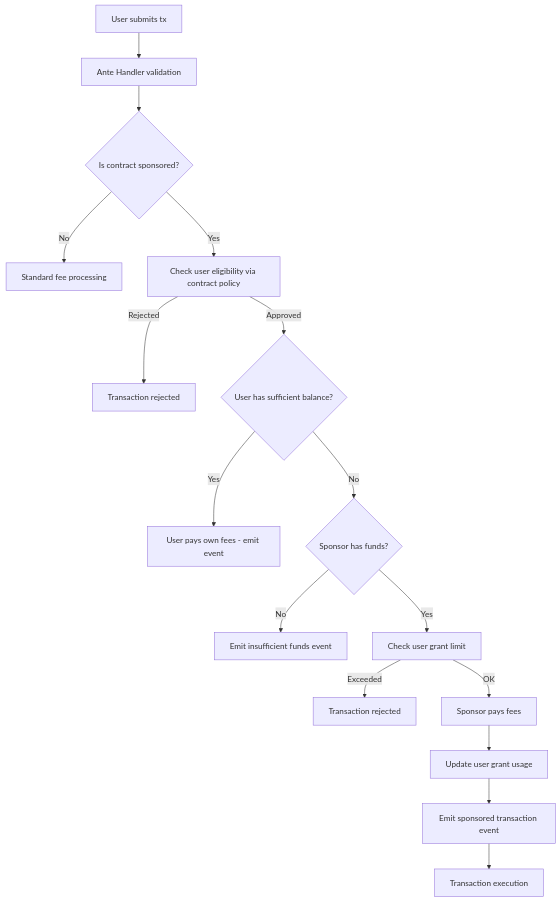
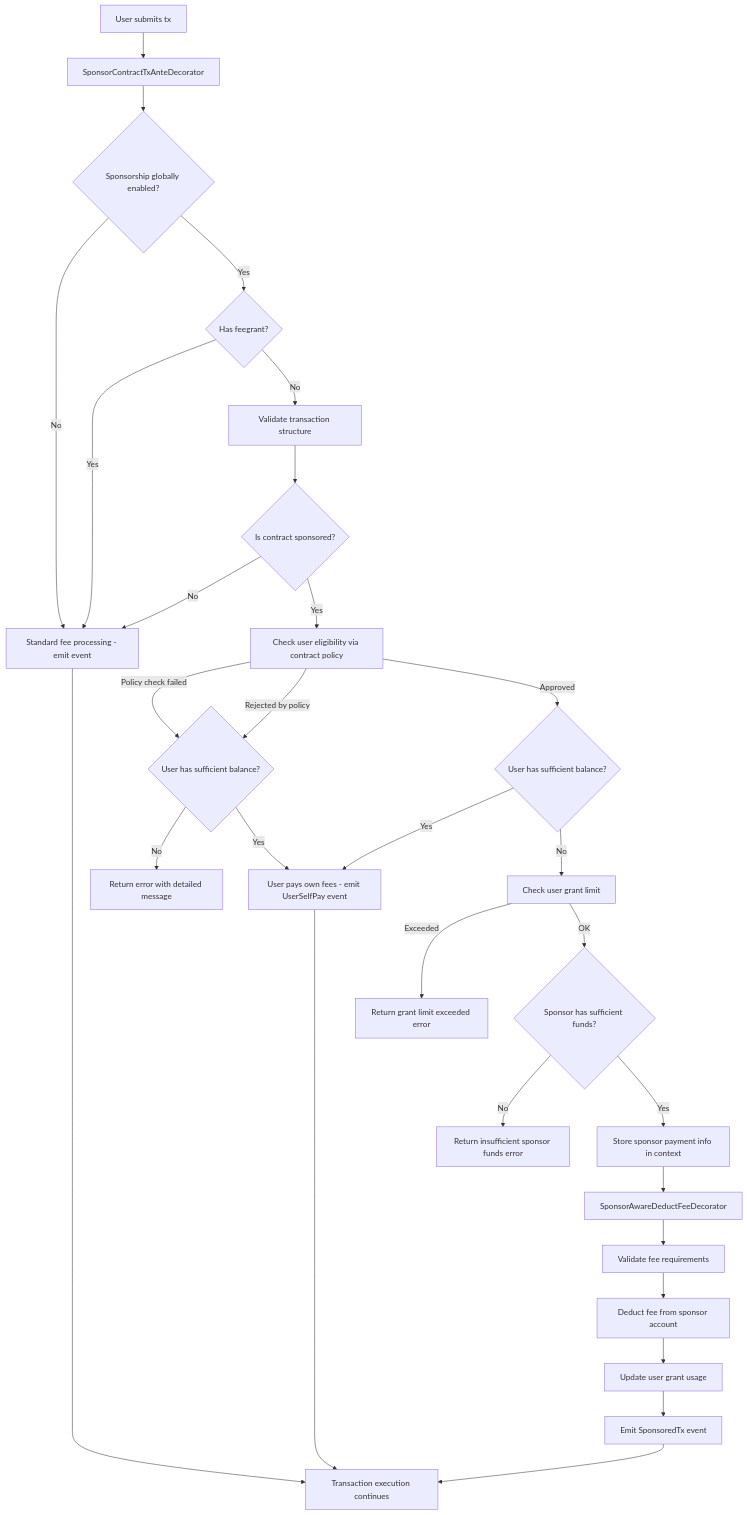
The diagram in x/sponsor-contract-tx/README.md (DoraFactory/doravota), drawn with Mermaid before and after one commit. The commit also changed other lines of this file, not shown here.

Commit message:
chore(sponsor):add more detailed explaination in README

````diff
--- a/x/sponsor-contract-tx/README.md
+++ b/x/sponsor-contract-tx/README.md
@@ -80,18 +80,31 @@
 ```mermaid
 graph TD
-    A[User submits tx] --> B[Ante Handler validation]
-    B --> C{Is contract sponsored?}
-    C -->|No| D[Standard fee processing]
-    C -->|Yes| E[Check user eligibility via contract policy]
-    E -->|Rejected| F[Transaction rejected]
-    E -->|Approved| G{User has sufficient balance?}
-    G -->|Yes| H[User pays own fees - emit event]
-    G -->|No| I{Sponsor has funds?}
-    I -->|No| J[Emit insufficient funds event]
-    I -->|Yes| K[Check user grant limit]
-    K -->|Exceeded| L[Transaction rejected]
-    K -->|OK| M[Sponsor pays fees]
-    M --> N[Update user grant usage]
-    N --> O[Emit sponsored transaction event]
-    O --> P[Transaction execution]
+    A[User submits tx] --> B[SponsorContractTxAnteDecorator]
+    B --> C{Sponsorship globally enabled?}
+    C -->|No| D[Standard fee processing - emit event]
+    C -->|Yes| E{Has feegrant?}
+    E -->|Yes| D
+    E -->|No| F[Validate transaction structure]
+    F --> G{Is contract sponsored?}
+    G -->|No| D
+    G -->|Yes| H[Check user eligibility via contract policy]
+    H -->|Policy check failed| I{User has sufficient balance?}
+    H -->|Rejected by policy| I
+    H -->|Approved| J{User has sufficient balance?}
+    I -->|No| K[Return error with detailed message]
+    I -->|Yes| L[User pays own fees - emit UserSelfPay event]
+    J -->|Yes| L
+    J -->|No| M[Check user grant limit]
+    M -->|Exceeded| N[Return grant limit exceeded error]
+    M -->|OK| O{Sponsor has sufficient funds?}
+    O -->|No| P[Return insufficient sponsor funds error]
+    O -->|Yes| Q[Store sponsor payment info in context]
+    Q --> R[SponsorAwareDeductFeeDecorator]
+    R --> S[Validate fee requirements]
+    S --> T[Deduct fee from sponsor account]
+    T --> U[Update user grant usage]
+    U --> V[Emit SponsoredTx event]
+    V --> W[Transaction execution continues]
+    L --> W
+    D --> W
 ```
````
